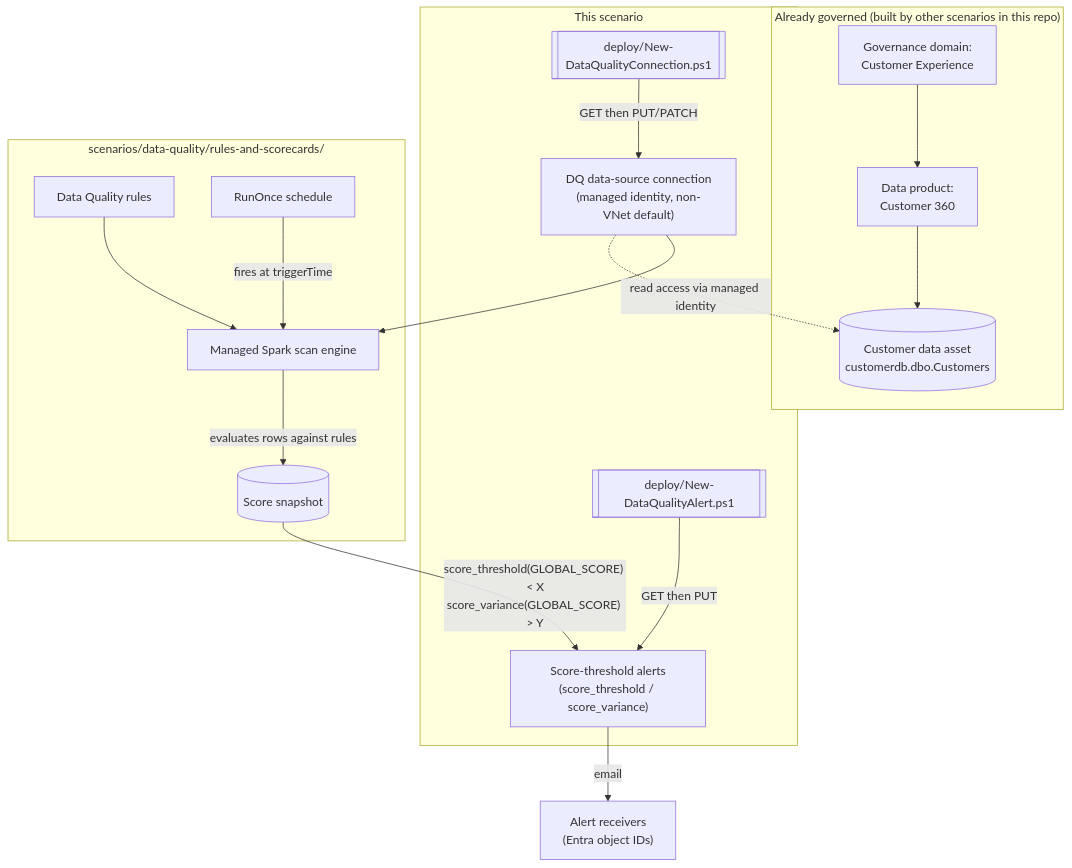
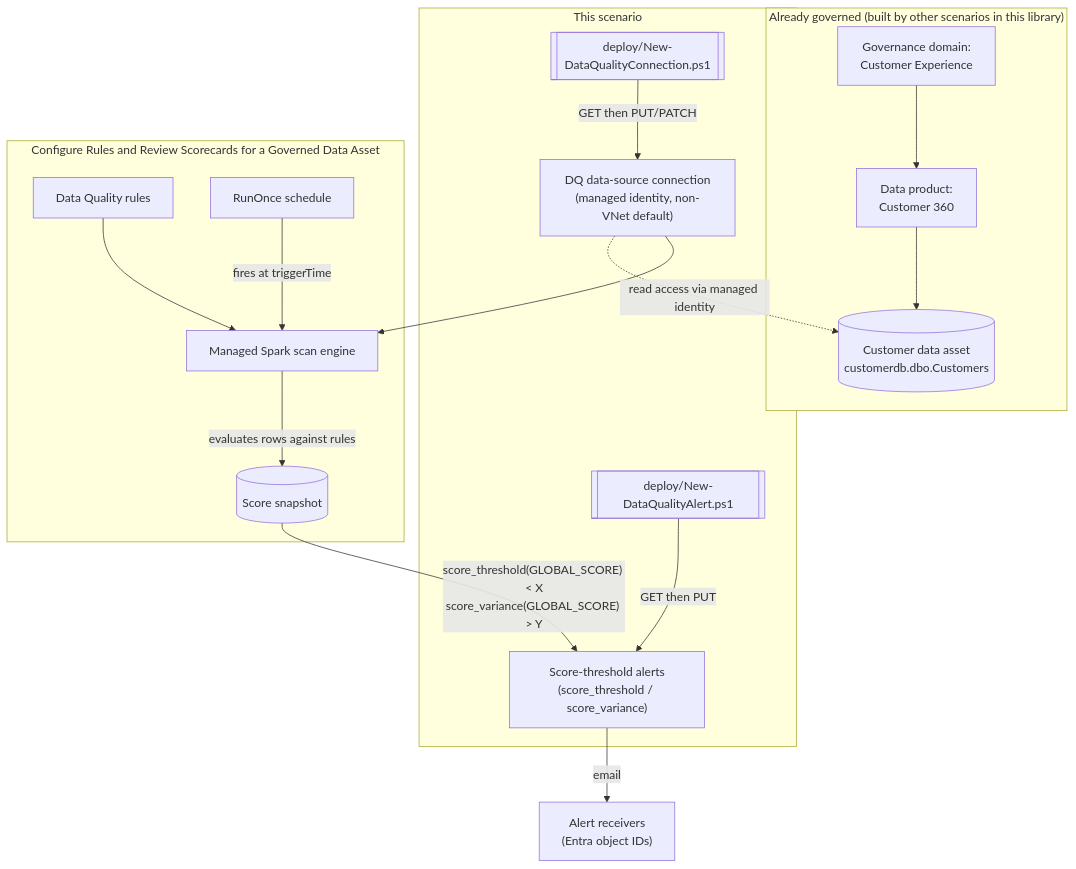
The diagram in src/content/scenarios/data-quality/connection-and-scorecard-alerts.md (kpsec1/kpsec1.github.io), drawn with Mermaid before and after one commit. The commit also changed 269 other files, not shown here.

````diff
--- a/src/content/scenarios/data-quality/connection-and-scorecard-alerts.md
+++ b/src/content/scenarios/data-quality/connection-and-scorecard-alerts.md
@@ -48,33 +48,33 @@
 ```mermaid
 flowchart TD
-    subgraph Prereqs["Already governed (built by other scenarios in this repo)"]
+    subgraph Prereqs["Already governed (built by other scenarios in this library)"]
         Domain["Governance domain:<br/>Customer Experience"]
         Product["Data product:<br/>Customer 360"]
         Asset[("Customer data asset<br/>customerdb.dbo.Customers")]
     end
 
     subgraph ThisScenario["This scenario"]
         ConnScript[["deploy/New-DataQualityConnection.ps1"]]
         AlertScript[["deploy/New-DataQualityAlert.ps1"]]
         Conn["DQ data-source connection<br/>(managed identity, non-VNet default)"]
         Alerts["Score-threshold alerts<br/>(score_threshold / score_variance)"]
     end
 
-    subgraph Sibling["scenarios/data-quality/rules-and-scorecards/"]
+    subgraph Sibling["Configure Rules and Review Scorecards for a Governed Data Asset"]
         Rules["Data Quality rules"]
         Sched["RunOnce schedule"]
         Spark["Managed Spark scan engine"]
         Scores[("Score snapshot")]
     end
 
     Domain --> Product --> Asset
     ConnScript -- "GET then PUT/PATCH" --> Conn
     AlertScript -- "GET then PUT" --> Alerts
     Conn -.->|read access via managed identity| Asset
     Sched -- "fires at triggerTime" --> Spark
     Rules --> Spark
     Conn --> Spark
     Spark -- "evaluates rows against rules" --> Scores
     Scores -- "score_threshold(GLOBAL_SCORE) < X<br/>score_variance(GLOBAL_SCORE) > Y" --> Alerts
     Alerts -- "email" --> Receivers["Alert receivers<br/>(Entra object IDs)"]
 ```
````
